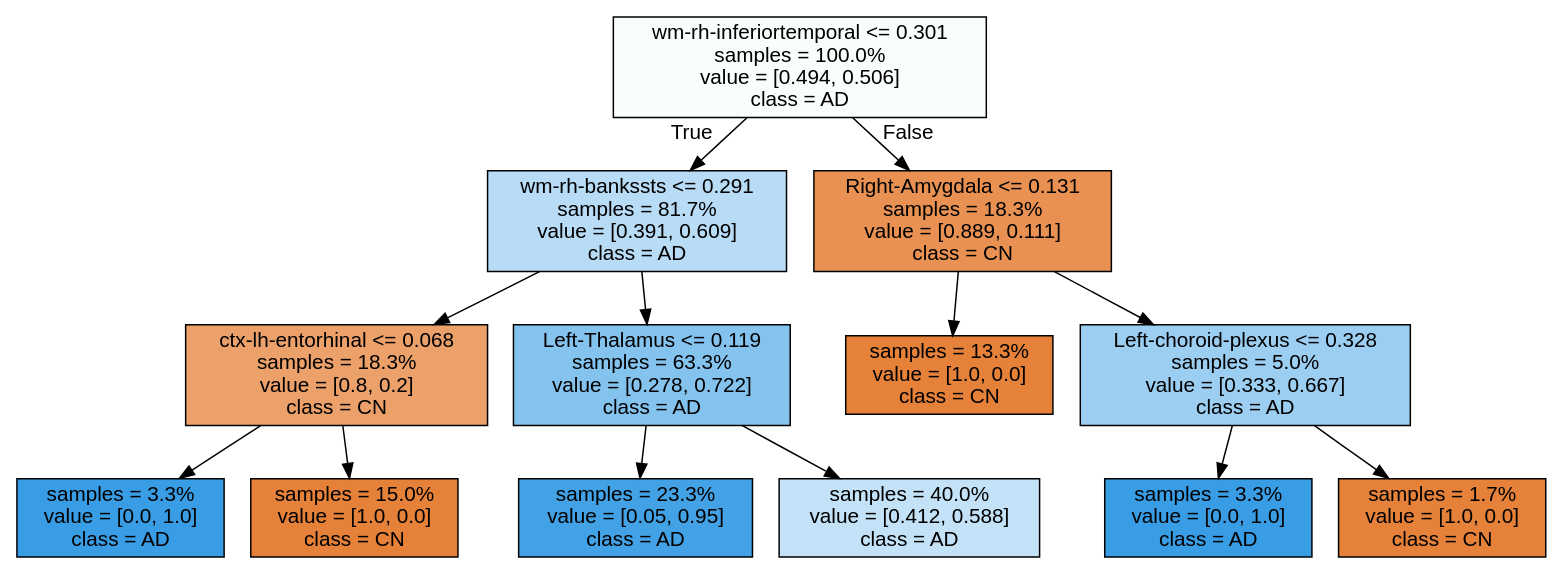
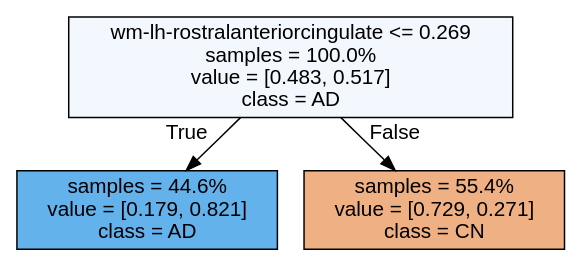
Before and after one commit to francescouni0/CompProject: the diagram in Source.gv, drawn with Graphviz. The commit also changed 5 other files, not shown here.

```diff
--- a/Source.gv
+++ b/Source.gv
@@ -1,29 +1,9 @@
 digraph Tree {
 node [shape=box, style="filled", color="black", fontname="helvetica"] ;
 edge [fontname="helvetica"] ;
-0 [label="wm-rh-inferiortemporal <= 0.301\nsamples = 100.0%\nvalue = [0.494, 0.506]\nclass = AD", fillcolor="#fafdfe"] ;
-1 [label="wm-rh-bankssts <= 0.291\nsamples = 81.7%\nvalue = [0.391, 0.609]\nclass = AD", fillcolor="#b8dcf6"] ;
+0 [label="wm-lh-rostralanteriorcingulate <= 0.269\nsamples = 100.0%\nvalue = [0.483, 0.517]\nclass = AD", fillcolor="#f2f8fd"] ;
+1 [label="samples = 44.6%\nvalue = [0.179, 0.821]\nclass = AD", fillcolor="#64b2eb"] ;
 0 -> 1 [labeldistance=2.5, labelangle=45, headlabel="True"] ;
-2 [label="ctx-lh-entorhinal <= 0.068\nsamples = 18.3%\nvalue = [0.8, 0.2]\nclass = CN", fillcolor="#eca06a"] ;
-1 -> 2 ;
-3 [label="samples = 3.3%\nvalue = [0.0, 1.0]\nclass = AD", fillcolor="#399de5"] ;
-2 -> 3 ;
-4 [label="samples = 15.0%\nvalue = [1.0, 0.0]\nclass = CN", fillcolor="#e58139"] ;
-2 -> 4 ;
-5 [label="Left-Thalamus <= 0.119\nsamples = 63.3%\nvalue = [0.278, 0.722]\nclass = AD", fillcolor="#85c3ef"] ;
-1 -> 5 ;
-6 [label="samples = 23.3%\nvalue = [0.05, 0.95]\nclass = AD", fillcolor="#43a2e6"] ;
-5 -> 6 ;
-7 [label="samples = 40.0%\nvalue = [0.412, 0.588]\nclass = AD", fillcolor="#c4e2f7"] ;
-5 -> 7 ;
-8 [label="Right-Amygdala <= 0.131\nsamples = 18.3%\nvalue = [0.889, 0.111]\nclass = CN", fillcolor="#e89152"] ;
-0 -> 8 [labeldistance=2.5, labelangle=-45, headlabel="False"] ;
-9 [label="samples = 13.3%\nvalue = [1.0, 0.0]\nclass = CN", fillcolor="#e58139"] ;
-8 -> 9 ;
-10 [label="Left-choroid-plexus <= 0.328\nsamples = 5.0%\nvalue = [0.333, 0.667]\nclass = AD", fillcolor="#9ccef2"] ;
-8 -> 10 ;
-11 [label="samples = 3.3%\nvalue = [0.0, 1.0]\nclass = AD", fillcolor="#399de5"] ;
-10 -> 11 ;
-12 [label="samples = 1.7%\nvalue = [1.0, 0.0]\nclass = CN", fillcolor="#e58139"] ;
-10 -> 12 ;
+2 [label="samples = 55.4%\nvalue = [0.729, 0.271]\nclass = CN", fillcolor="#efb083"] ;
+0 -> 2 [labeldistance=2.5, labelangle=-45, headlabel="False"] ;
 }
```
